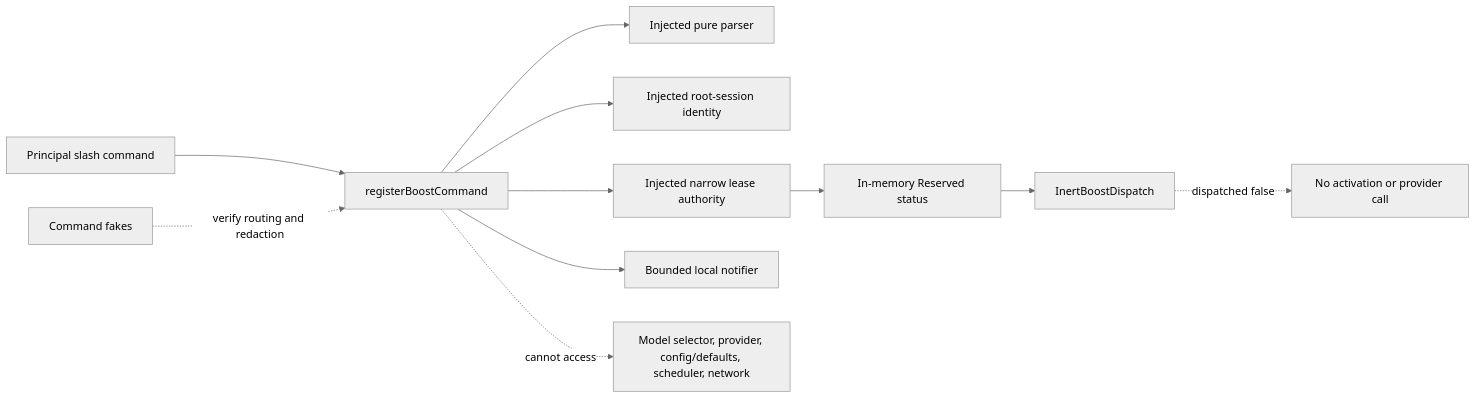
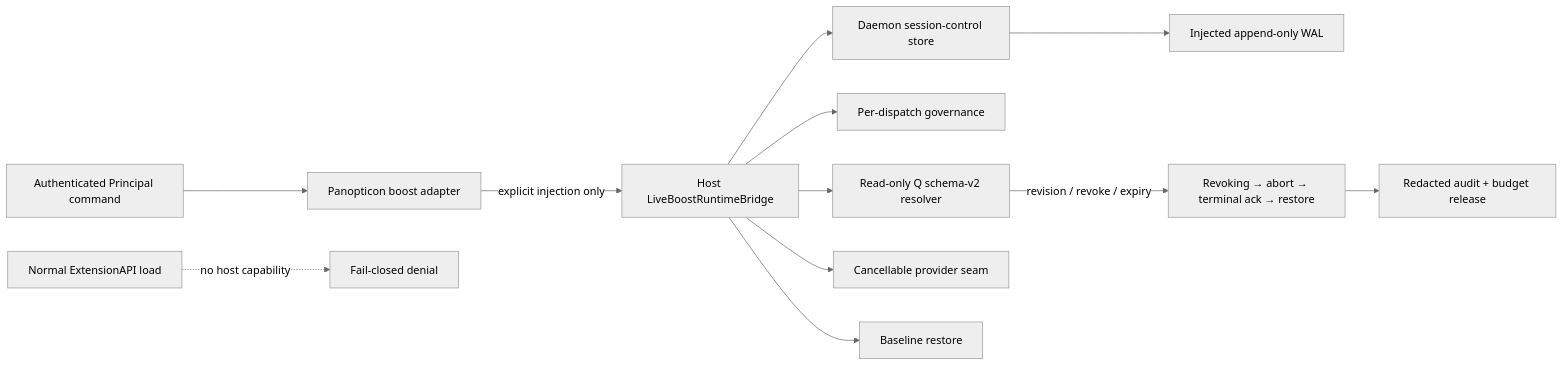
One commit to tS7hKamAYL84j91/pi-tools-and-skills changed diagram 12 of 22 in docs/architecture.md. Above: the diagram before and after it, drawn with Mermaid (neutral theme). The commit also changed other lines of this file and 24 other files, not shown here.

Commit message:
feat(panopticon): add host-injected boost runtime bridge

````diff
--- a/docs/architecture.md
+++ b/docs/architecture.md
@@ -457,13 +457,14 @@
 ```mermaid
 flowchart LR
-  Principal[Principal slash command] --> Command[registerBoostCommand]
-  Command --> Parser[Injected pure parser]
-  Command --> Identity[Injected root-session identity]
-  Command --> Authority[Injected narrow lease authority]
-  Command --> Notify[Bounded local notifier]
-  Authority --> Reserved[In-memory Reserved status]
-  Reserved --> Inert[InertBoostDispatch]
-  Inert -. dispatched false .-> NoDispatch[No activation or provider call]
-  Command -. cannot access .-> Forbidden[Model selector, provider, config/defaults, scheduler, network]
-  Tests[Command fakes] -. verify routing and redaction .-> Command
+  Principal[Authenticated Principal command] --> Command[Panopticon boost adapter]
+  Default[Normal ExtensionAPI load] -. no host capability .-> Deny[Fail-closed denial]
+  Command -->|explicit injection only| Bridge[Host LiveBoostRuntimeBridge]
+  Bridge --> Q[Read-only Q schema-v2 resolver]
+  Bridge --> Governance[Per-dispatch governance]
+  Bridge --> Store[Daemon session-control store]
+  Store --> WAL[Injected append-only WAL]
+  Bridge --> Provider[Cancellable provider seam]
+  Bridge --> Restore[Baseline restore]
+  Q -->|revision / revoke / expiry| Revoke[Revoking → abort → terminal ack → restore]
+  Revoke --> Audit[Redacted audit + budget release]
 ```
````
